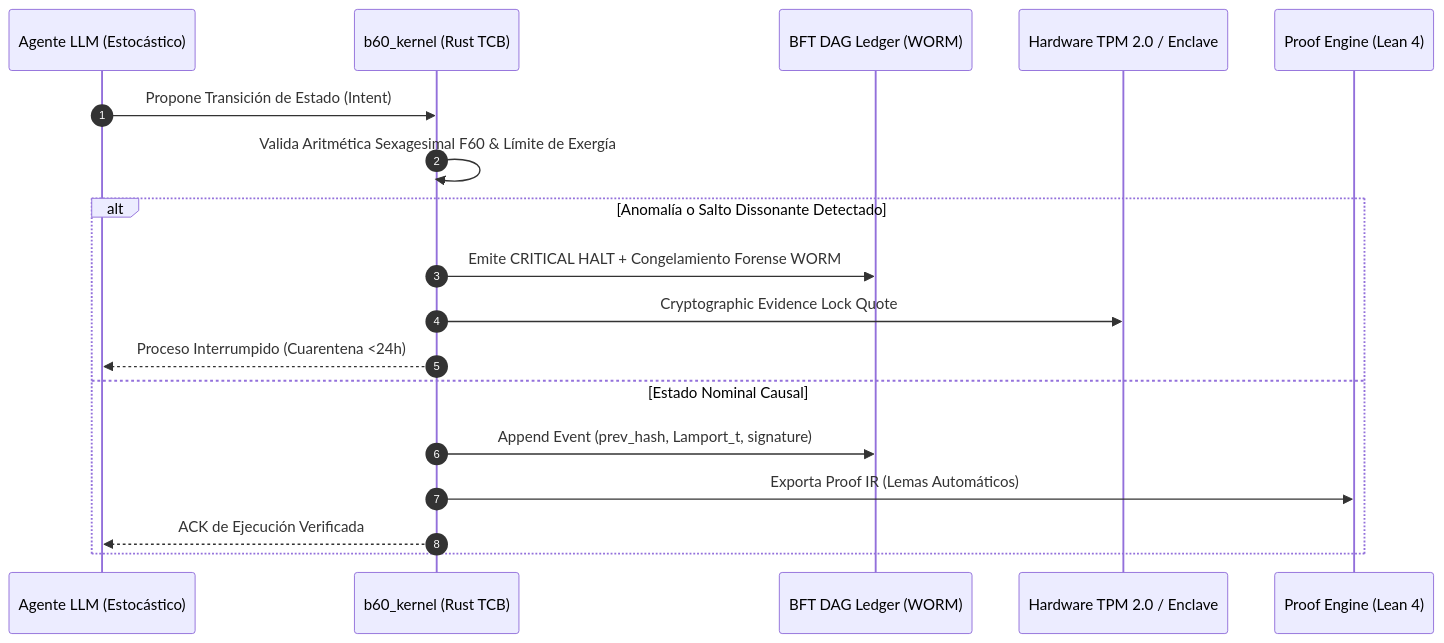
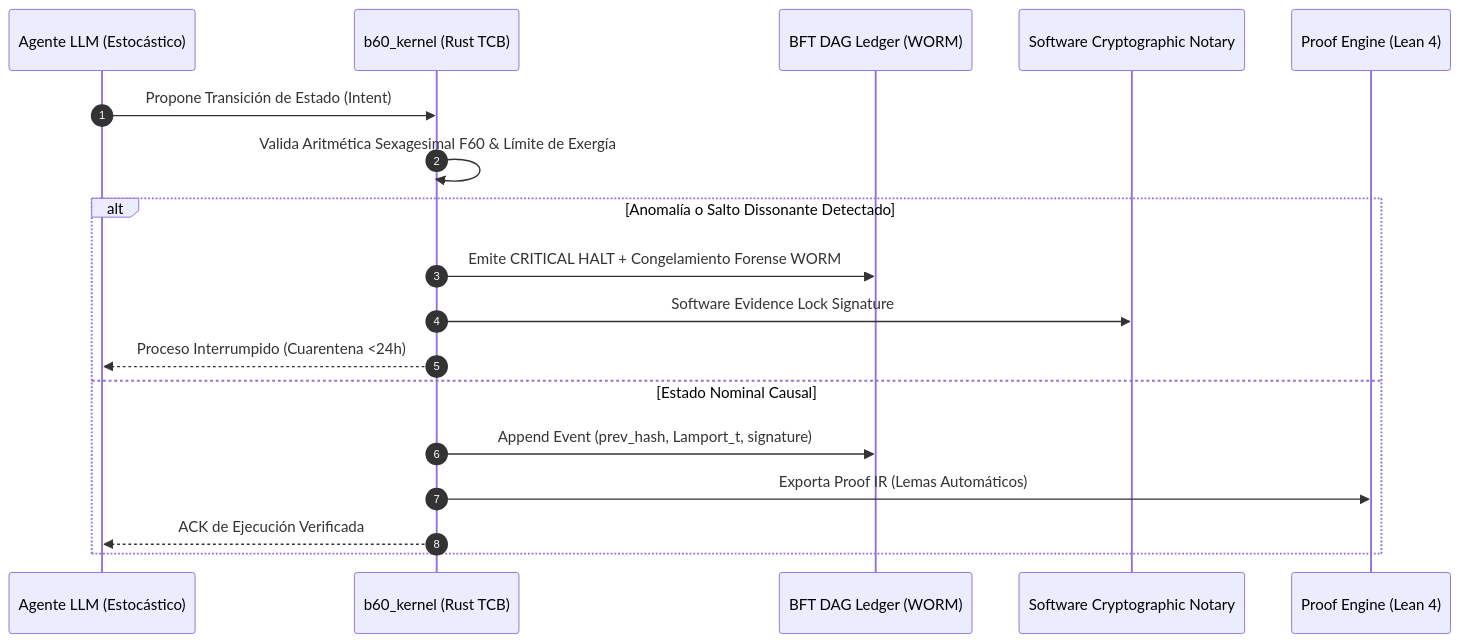
Before and after one commit to borjamoskv/BABYLON-60: the diagram in docs/04_research/eu_ai_act_compliance_whitepaper.md, drawn with Mermaid. The commit also changed other lines of this file and 7 other files, not shown here.

Commit message:
[AX-4] EPISTEMOLOGY: Sincronización topológica — Purga de afirmaciones TPM 2.0 en diagramas, certificados internacionales y whitepapers, alineando todo el ecosistema al WORM de software real

````diff
--- a/docs/04_research/eu_ai_act_compliance_whitepaper.md
+++ b/docs/04_research/eu_ai_act_compliance_whitepaper.md
@@ -64,21 +64,21 @@
 ```mermaid
 sequenceDiagram
     autonumber
     participant LLM as Agente LLM (Estocástico)
     participant Kernel as b60_kernel (Rust TCB)
     participant Ledger as BFT DAG Ledger (WORM)
-    participant TPM as Hardware TPM 2.0 / Enclave
+    participant TPM as Software Cryptographic Notary
     participant Lean as Proof Engine (Lean 4)
 
     LLM->>Kernel: Propone Transición de Estado (Intent)
     Kernel->>Kernel: Valida Aritmética Sexagesimal F60 & Límite de Exergía
     alt Anomalía o Salto Dissonante Detectado
         Kernel->>Ledger: Emite CRITICAL HALT + Congelamiento Forense WORM
-        Kernel->>TPM: Cryptographic Evidence Lock Quote
+        Kernel->>TPM: Software Evidence Lock Signature
         Kernel-->>LLM: Proceso Interrumpido (Cuarentena <24h)
     else Estado Nominal Causal
         Kernel->>Ledger: Append Event (prev_hash, Lamport_t, signature)
         Kernel->>Lean: Exporta Proof IR (Lemas Automáticos)
         Kernel-->>LLM: ACK de Ejecución Verificada
     end
 ```
````
